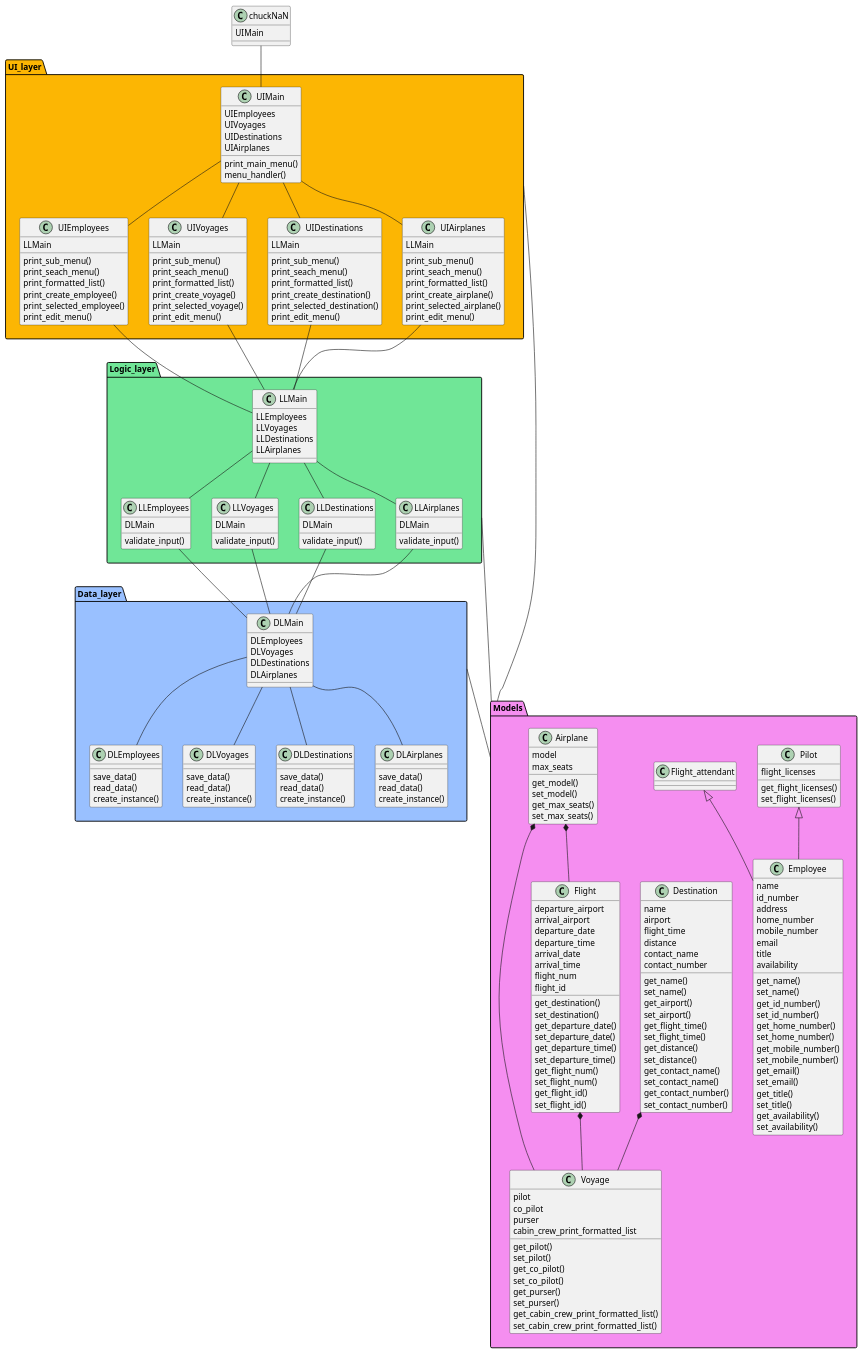
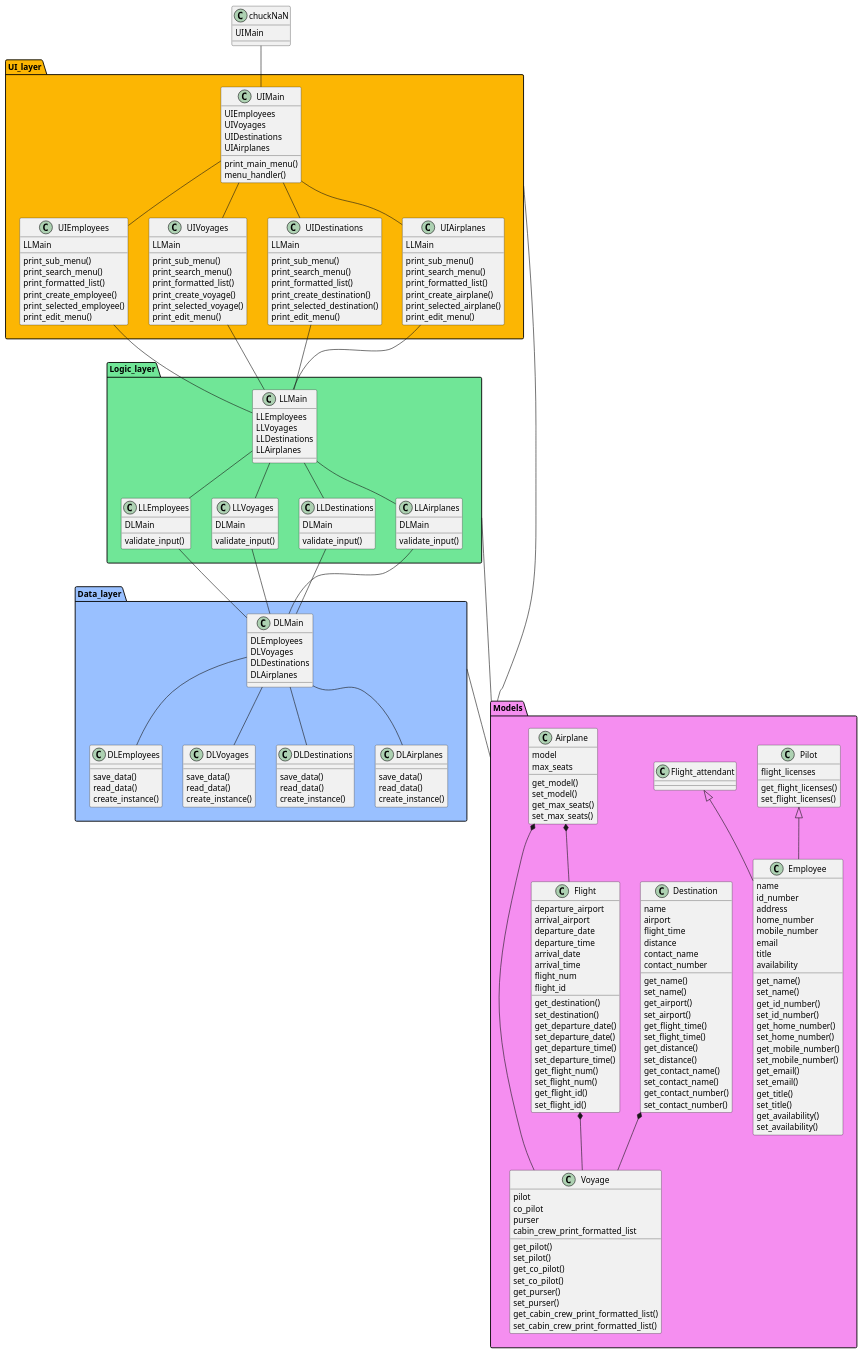
One commit to irmalexandra/vln1_chuck_nan changed the diagram in ClassDiagram.puml. Above: the diagram before and after it, drawn with PlantUML.

Commit message:
seach  = search

```diff
--- a/ClassDiagram.puml
+++ b/ClassDiagram.puml
@@ -20,7 +20,7 @@
   class UIEmployees{
     LLMain
     print_sub_menu()
-    print_seach_menu()
+    print_search_menu()
     print_formatted_list()
     print_create_employee()
     print_selected_employee()
@@ -29,7 +29,7 @@
   class UIVoyages{
     LLMain
     print_sub_menu()
-    print_seach_menu()
+    print_search_menu()
     print_formatted_list()
     print_create_voyage()
     print_selected_voyage()
@@ -38,7 +38,7 @@
   class UIDestinations{
     LLMain
     print_sub_menu()
-    print_seach_menu()
+    print_search_menu()
     print_formatted_list()
     print_create_destination()
     print_selected_destination()
@@ -47,7 +47,7 @@
   class UIAirplanes{
     LLMain
     print_sub_menu()
-    print_seach_menu()
+    print_search_menu()
     print_formatted_list()
     print_create_airplane()
     print_selected_airplane()
```
